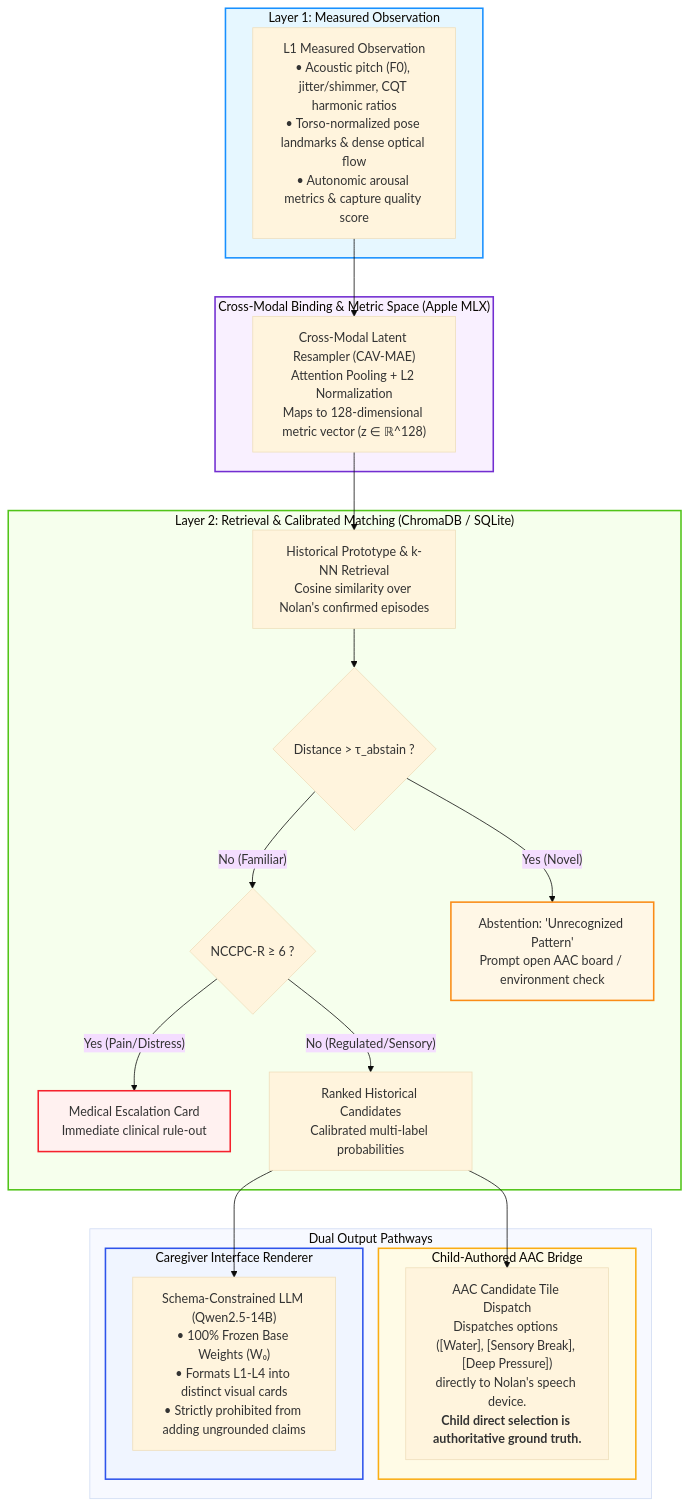
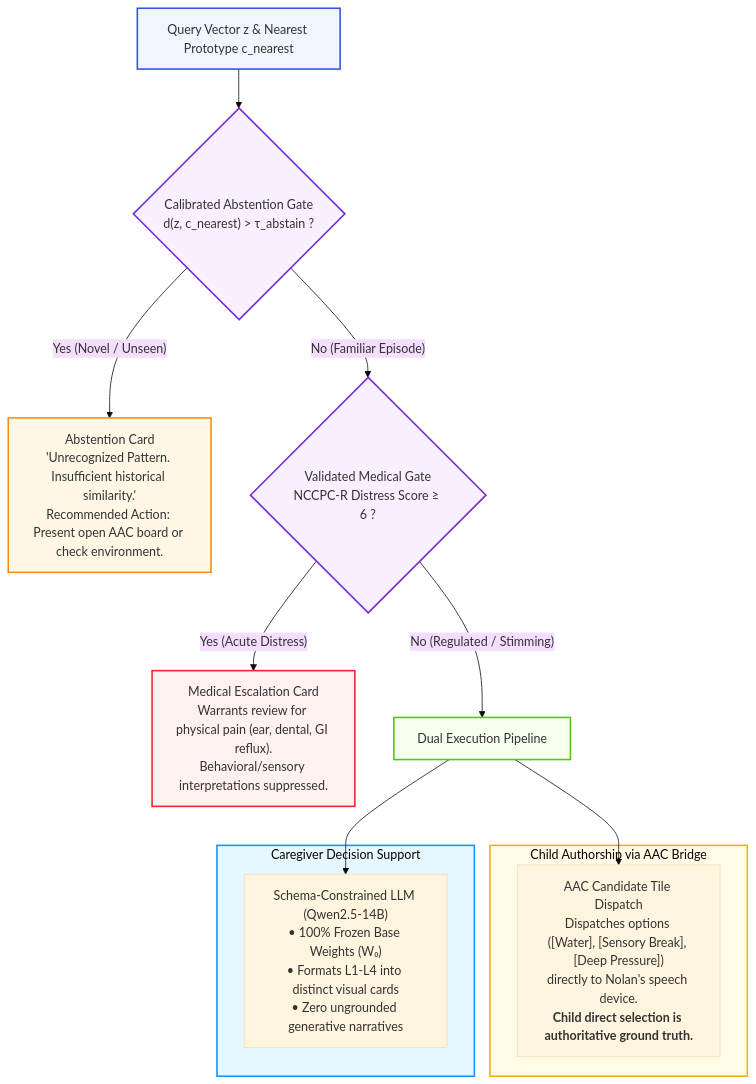
Before and after one commit to olostan/project_n: the sixth of 7 diagrams in DESIGN.md, drawn with Mermaid (base theme). The commit also changed other lines of this file and 4 other files, not shown here.

Commit message:
docs: convert all ASCII and text diagrams to native Mermaid diagrams across repository

````diff
--- a/DESIGN.md
+++ b/DESIGN.md
@@ -137,45 +199,32 @@
 ```mermaid
 graph TD
-    subgraph L1_Block ["Layer 1: Measured Observation"]
-        L1["L1 Measured Observation<br/>• Acoustic pitch (F0), jitter/shimmer, CQT harmonic ratios<br/>• Torso-normalized pose landmarks & dense optical flow<br/>• Autonomic arousal metrics & capture quality score"]
+    Query["Query Vector z & Nearest Prototype c_nearest"] --> Gate1{"Calibrated Abstention Gate<br/>d(z, c_nearest) > τ_abstain ?"}
+
+    Gate1 -- "Yes (Novel / Unseen)" --> AbstainCard["Abstention Card<br/>'Unrecognized Pattern. Insufficient historical similarity.'<br/>Recommended Action: Present open AAC board or check environment."]
+
+    Gate1 -- "No (Familiar Episode)" --> Gate2{"Validated Medical Gate<br/>NCCPC-R Distress Score ≥ 6 ?"}
+
+    Gate2 -- "Yes (Acute Distress)" --> MedicalCard["Medical Escalation Card<br/>Warrants review for physical pain (ear, dental, GI reflux).<br/>Behavioral/sensory interpretations suppressed."]
+
+    Gate2 -- "No (Regulated / Stimming)" --> DualExec["Dual Execution Pipeline"]
+
+    subgraph AACPathway ["Child Authorship via AAC Bridge"]
+        AAC["AAC Candidate Tile Dispatch<br/>Dispatches options ([Water], [Sensory Break], [Deep Pressure])<br/>directly to Nolan's speech device.<br/><b>Child direct selection is authoritative ground truth.</b>"]
     end
 
-    subgraph Binding_Block ["Cross-Modal Binding & Metric Space (Apple MLX)"]
-        Binding["Cross-Modal Latent Resampler (CAV-MAE)<br/>Attention Pooling + L2 Normalization<br/>Maps to 128-dimensional metric vector (z ∈ ℝ^128)"]
+    subgraph CaregiverPathway ["Caregiver Decision Support"]
+        LLM["Schema-Constrained LLM (Qwen2.5-14B)<br/>• 100% Frozen Base Weights (W₀)<br/>• Formats L1-L4 into distinct visual cards<br/>• Zero ungrounded generative narratives"]
     end
 
-    subgraph L2_Block ["Layer 2: Retrieval & Calibrated Matching (ChromaDB / SQLite)"]
-        Retrieval["Historical Prototype & k-NN Retrieval<br/>Cosine similarity over Nolan's confirmed episodes"]
-        AbstainGate{"Distance > τ_abstain ?"}
-        MedGate{"NCCPC-R ≥ 6 ?"}
-        
-        Retrieval --> AbstainGate
-        AbstainGate -- "Yes (Novel)" --> Out_Abstain["Abstention: 'Unrecognized Pattern'<br/>Prompt open AAC board / environment check"]
-        AbstainGate -- "No (Familiar)" --> MedGate
-        MedGate -- "Yes (Pain/Distress)" --> Out_Med["Medical Escalation Card<br/>Immediate clinical rule-out"]
-        MedGate -- "No (Regulated/Sensory)" --> Candidates["Ranked Historical Candidates<br/>Calibrated multi-label probabilities"]
-    end
+    DualExec --> AAC
+    DualExec --> LLM
 
-    subgraph Outcomes ["Dual Output Pathways"]
-        subgraph PathAAC ["Child-Authored AAC Bridge"]
-            AAC["AAC Candidate Tile Dispatch<br/>Dispatches options ([Water], [Sensory Break], [Deep Pressure])<br/>directly to Nolan's speech device.<br/><b>Child direct selection is authoritative ground truth.</b>"]
-        end
-
-        subgraph PathCaregiver ["Caregiver Interface Renderer"]
-            LLM["Schema-Constrained LLM (Qwen2.5-14B)<br/>• 100% Frozen Base Weights (W₀)<br/>• Formats L1-L4 into distinct visual cards<br/>• Strictly prohibited from adding ungrounded claims"]
-        end
-    end
-
-    L1 --> Binding
-    Binding --> Retrieval
-    Candidates --> AAC
-    Candidates --> LLM
-
-    style L1_Block fill:#e6f7ff,stroke:#1890ff,stroke-width:2px
-    style Binding_Block fill:#f9f0ff,stroke:#722ed1,stroke-width:2px
-    style L2_Block fill:#f6ffed,stroke:#52c41a,stroke-width:2px
-    style PathAAC fill:#fffbe6,stroke:#faad14,stroke-width:2px
-    style PathCaregiver fill:#f0f5ff,stroke:#2f54eb,stroke-width:2px
-    style Out_Med fill:#fff1f0,stroke:#f5222d,stroke-width:2px
-    style Out_Abstain fill:#fff7e6,stroke:#fa8c16,stroke-width:2px
+    style Query fill:#f0f5ff,stroke:#2f54eb,stroke-width:2px
+    style Gate1 fill:#f9f0ff,stroke:#722ed1,stroke-width:2px
+    style Gate2 fill:#f9f0ff,stroke:#722ed1,stroke-width:2px
+    style AbstainCard fill:#fff7e6,stroke:#fa8c16,stroke-width:2px
+    style MedicalCard fill:#fff1f0,stroke:#f5222d,stroke-width:2px
+    style DualExec fill:#f6ffed,stroke:#52c41a,stroke-width:2px
+    style AACPathway fill:#fffbe6,stroke:#faad14,stroke-width:2px
+    style CaregiverPathway fill:#e6f7ff,stroke:#1890ff,stroke-width:2px
 ```
````
